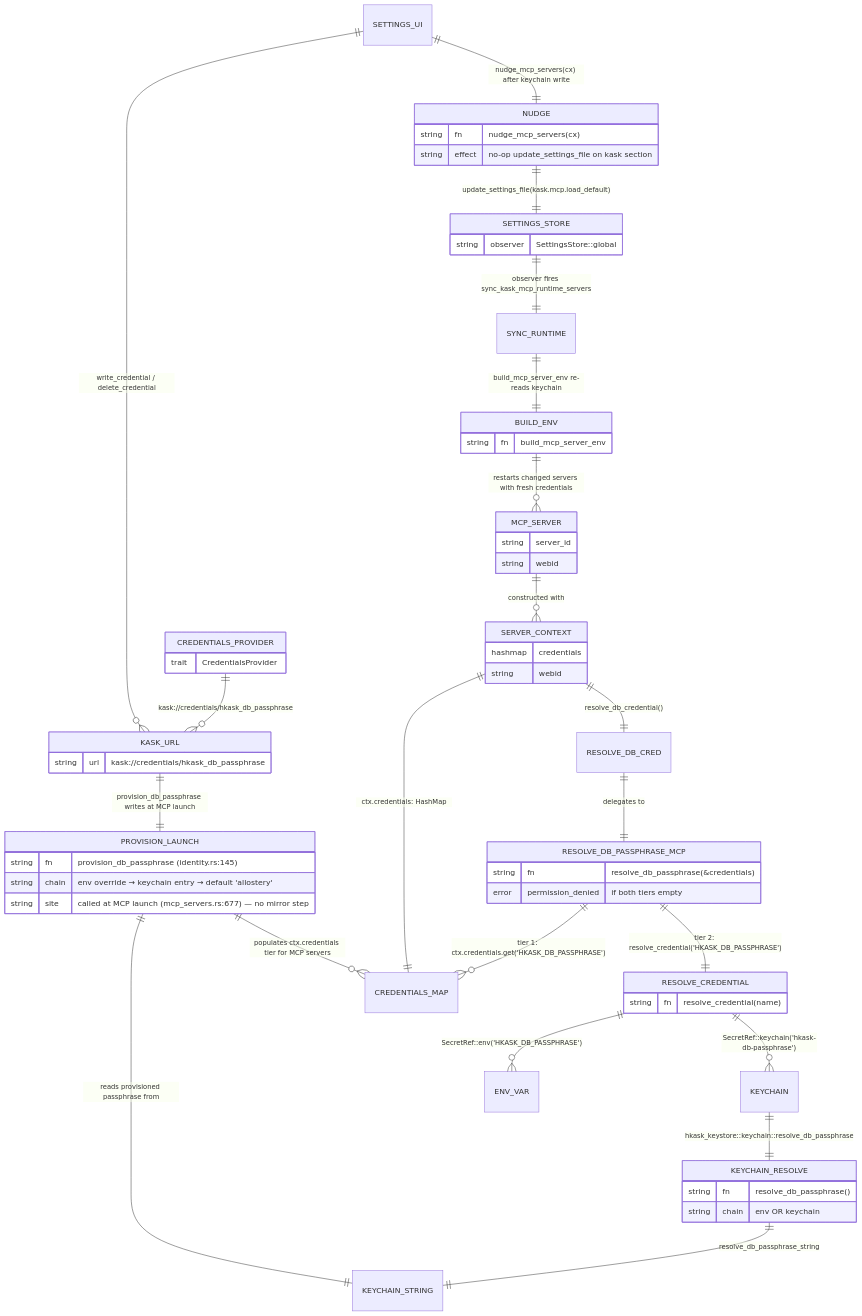
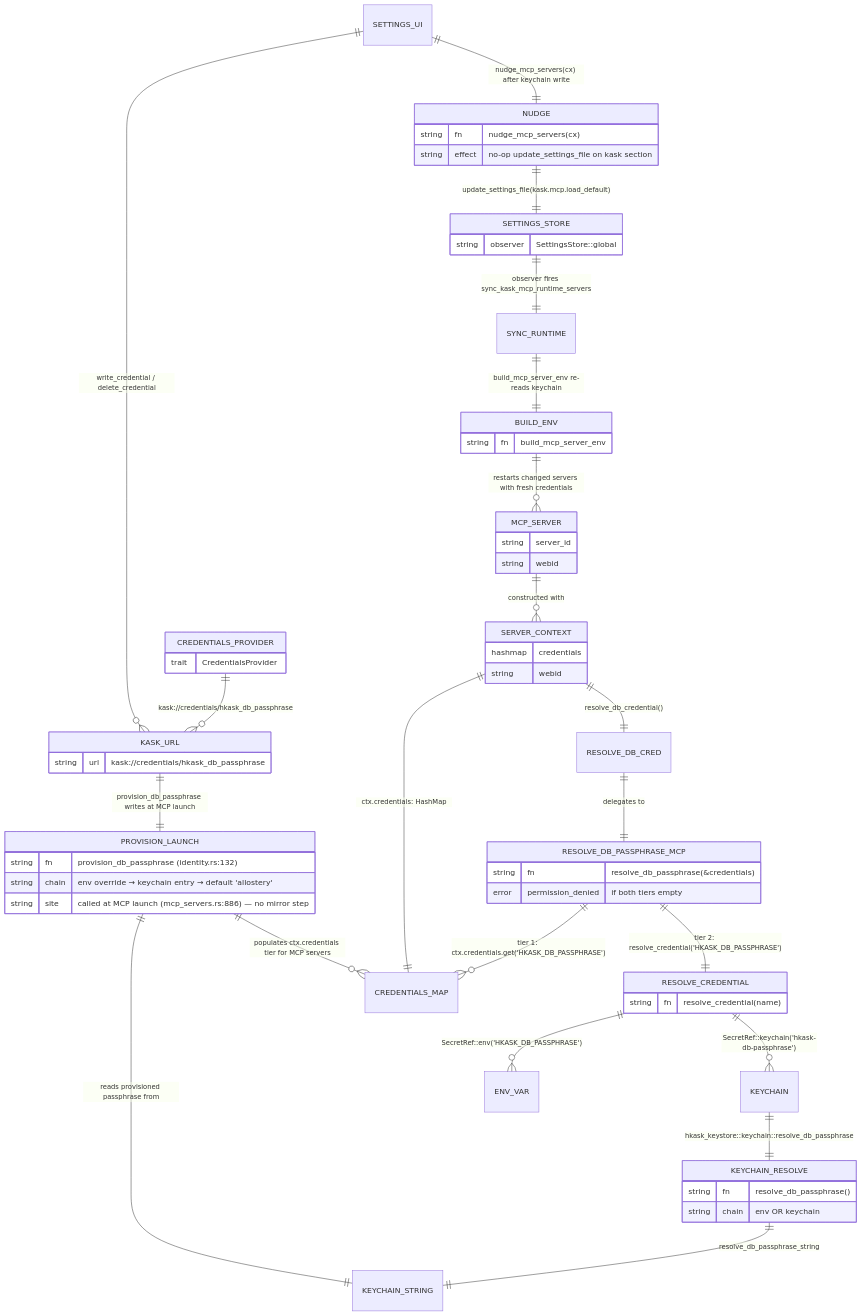
The tenth of 13 diagrams in kask/docs/diagrams/architecture.md (mdz-axo/zed-kask), drawn with Mermaid before and after one commit. The commit also changed other lines of this file and 23 other files, not shown here.

````diff
--- a/kask/docs/diagrams/architecture.md
+++ b/kask/docs/diagrams/architecture.md
@@ -482,66 +482,66 @@
 ```mermaid
 erDiagram
     MCP_SERVER ||--o{ SERVER_CONTEXT : "constructed with"
     SERVER_CONTEXT ||--|| CREDENTIALS_MAP : "ctx.credentials: HashMap<String,String>"
     SERVER_CONTEXT ||--|| RESOLVE_DB_CRED : "resolve_db_credential()"
     RESOLVE_DB_CRED ||--|| RESOLVE_DB_PASSPHRASE_MCP : "delegates to"
     RESOLVE_DB_PASSPHRASE_MCP ||--o{ CREDENTIALS_MAP : "tier 1: ctx.credentials.get('HKASK_DB_PASSPHRASE')"
     RESOLVE_DB_PASSPHRASE_MCP ||--|| RESOLVE_CREDENTIAL : "tier 2: resolve_credential('HKASK_DB_PASSPHRASE')"
     RESOLVE_CREDENTIAL ||--o{ ENV_VAR : "SecretRef::env('HKASK_DB_PASSPHRASE')"
     RESOLVE_CREDENTIAL ||--o{ KEYCHAIN : "SecretRef::keychain('hkask-db-passphrase')"
     KEYCHAIN ||--|| KEYCHAIN_RESOLVE : "hkask_keystore::keychain::resolve_db_passphrase"
     KEYCHAIN_RESOLVE ||--|| KEYCHAIN_STRING : "resolve_db_passphrase_string"
 
     CREDENTIALS_PROVIDER ||--o{ KASK_URL : "kask://credentials/hkask_db_passphrase"
     KASK_URL ||--|| PROVISION_LAUNCH : "provision_db_passphrase writes at MCP launch"
     PROVISION_LAUNCH ||--|| KEYCHAIN_STRING : "reads provisioned passphrase from"
     PROVISION_LAUNCH ||--o{ CREDENTIALS_MAP : "populates ctx.credentials tier for MCP servers"
 
     SETTINGS_UI ||--o{ KASK_URL : "write_credential / delete_credential"
     SETTINGS_UI ||--|| NUDGE : "nudge_mcp_servers(cx) after keychain write"
     NUDGE ||--|| SETTINGS_STORE : "update_settings_file(kask.mcp.load_default)"
     SETTINGS_STORE ||--|| SYNC_RUNTIME : "observer fires sync_kask_mcp_runtime_servers"
     SYNC_RUNTIME ||--|| BUILD_ENV : "build_mcp_server_env re-reads keychain"
     BUILD_ENV ||--o{ MCP_SERVER : "restarts changed servers with fresh credentials"
 
     MCP_SERVER {
         string server_id
         string webid
     }
     SERVER_CONTEXT {
         hashmap credentials
         string webid
     }
     RESOLVE_DB_PASSPHRASE_MCP {
         string fn "resolve_db_passphrase(&credentials)"
         error permission_denied "if both tiers empty"
     }
     RESOLVE_CREDENTIAL {
         string fn "resolve_credential(name)"
     }
     KEYCHAIN_RESOLVE {
         string fn "resolve_db_passphrase()"
         string chain "env OR keychain"
     }
     CREDENTIALS_PROVIDER {
         trait CredentialsProvider
     }
     KASK_URL {
         string url "kask://credentials/hkask_db_passphrase"
     }
     PROVISION_LAUNCH {
-        string fn "provision_db_passphrase (identity.rs:145)"
+        string fn "provision_db_passphrase (identity.rs:132)"
         string chain "env override → keychain entry → default 'allostery'"
-        string site "called at MCP launch (mcp_servers.rs:677) — no mirror step"
+        string site "called at MCP launch (mcp_servers.rs:886) — no mirror step"
     }
     NUDGE {
         string fn "nudge_mcp_servers(cx)"
         string effect "no-op update_settings_file on kask section"
     }
     SETTINGS_STORE {
         string observer "SettingsStore::global"
     }
     BUILD_ENV {
         string fn "build_mcp_server_env"
     }
 ```
````
